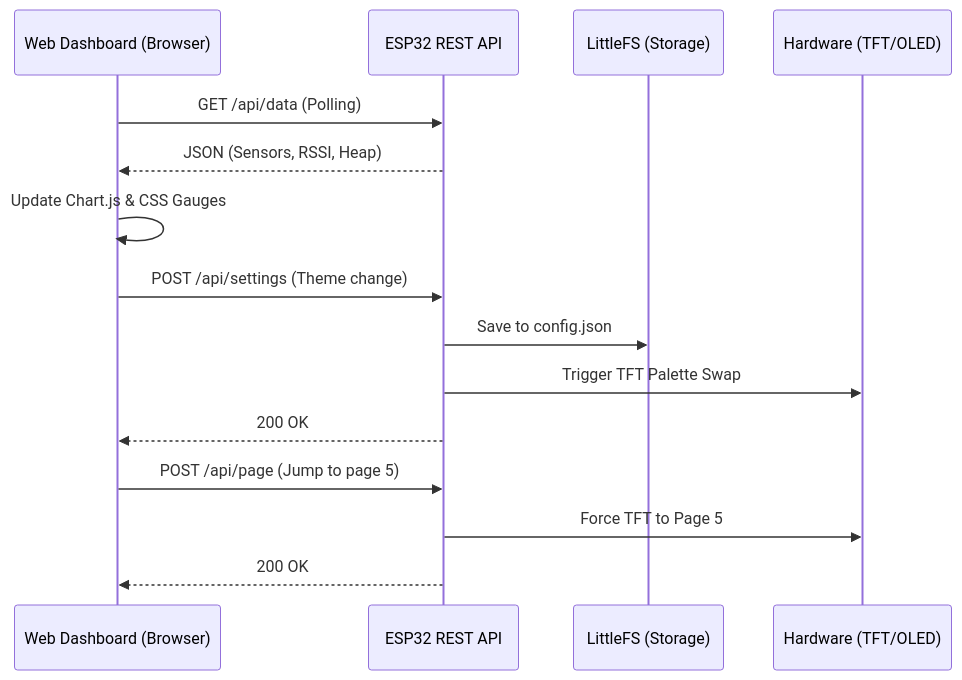
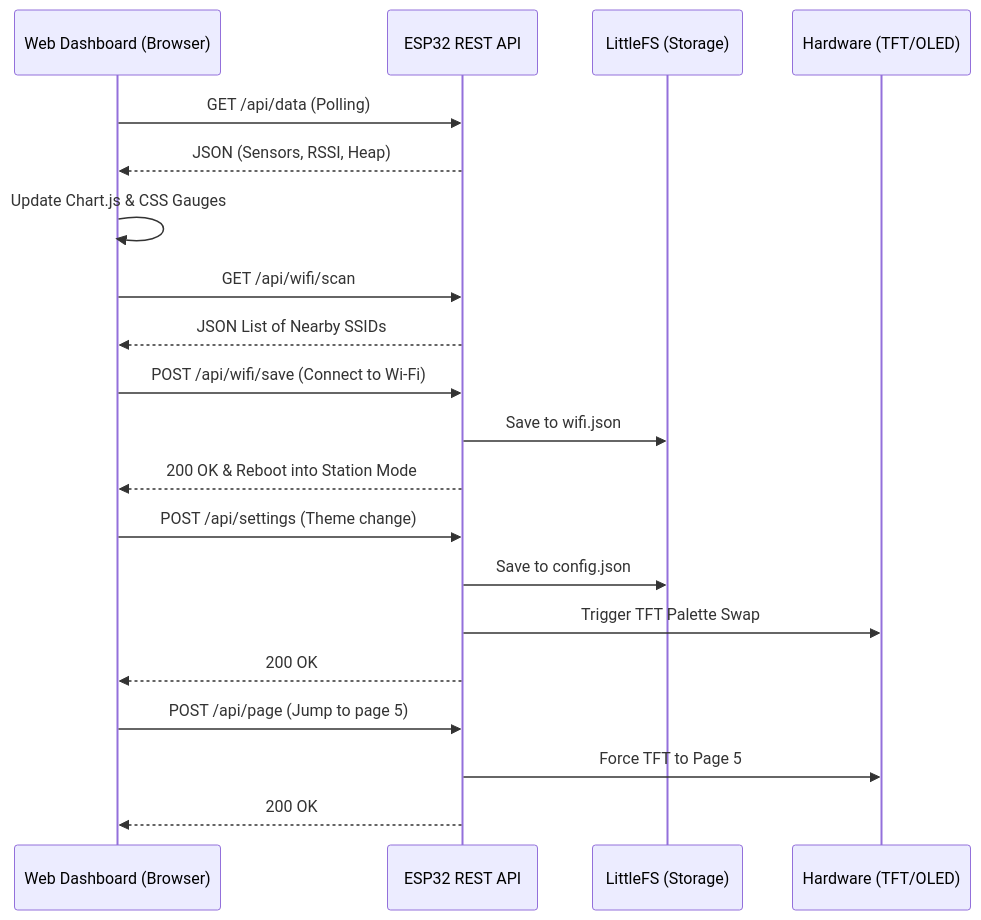
Before and after one commit to as-repo1/chaos-STATION: the second of 3 diagrams in README.md, drawn with Mermaid. The commit also changed other lines of this file and 8 other files, not shown here.

````diff
--- a/README.md
+++ b/README.md
@@ -98,20 +99,27 @@
 ```mermaid
 sequenceDiagram
     participant Web as Web Dashboard (Browser)
     participant API as ESP32 REST API
     participant FS as LittleFS (Storage)
     participant HW as Hardware (TFT/OLED)
     
     Web->>API: GET /api/data (Polling)
     API-->>Web: JSON (Sensors, RSSI, Heap)
     Web->>Web: Update Chart.js & CSS Gauges
     
+    Web->>API: GET /api/wifi/scan
+    API-->>Web: JSON List of Nearby SSIDs
+    
+    Web->>API: POST /api/wifi/save (Connect to Wi-Fi)
+    API->>FS: Save to wifi.json
+    API-->>Web: 200 OK & Reboot into Station Mode
+    
     Web->>API: POST /api/settings (Theme change)
     API->>FS: Save to config.json
     API->>HW: Trigger TFT Palette Swap
     API-->>Web: 200 OK
     
     Web->>API: POST /api/page (Jump to page 5)
     API->>HW: Force TFT to Page 5
     API-->>Web: 200 OK
 ```
````
